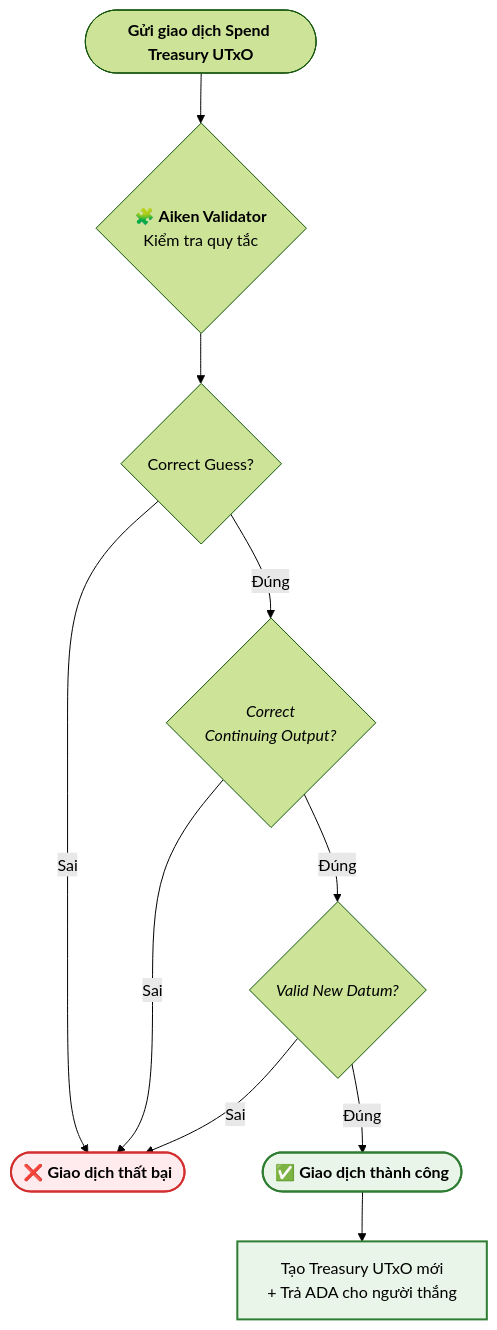
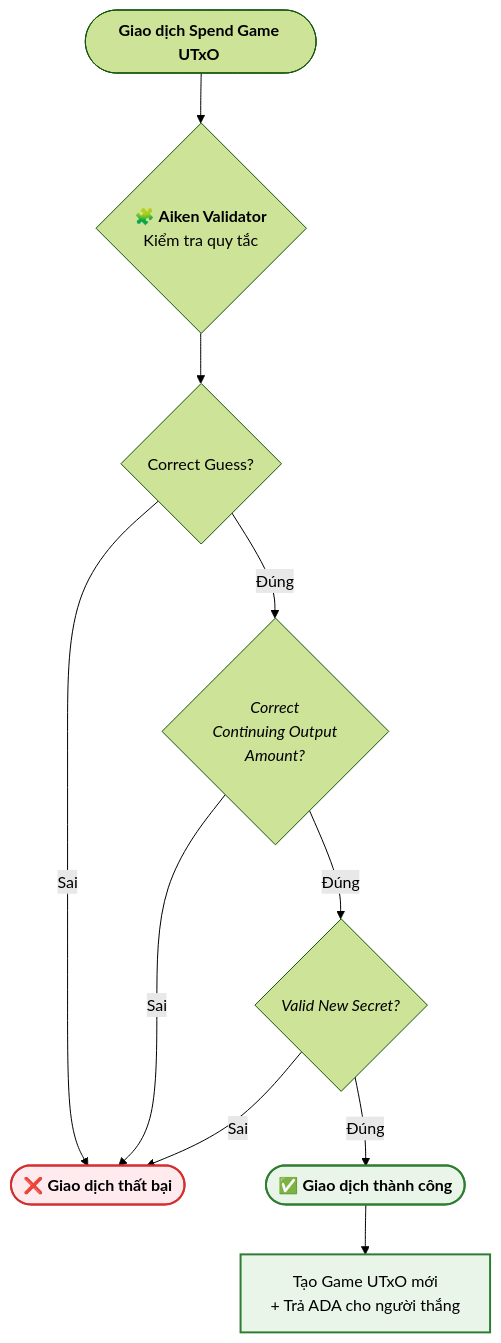
The diagram in secret-number/docs/smart-contract-architecture.md (cardano2vn/Aiken-Course-2026), drawn with Mermaid (forest theme) before and after one commit. The commit also changed other lines of this file and 23 other files, not shown here.

````diff
--- a/secret-number/docs/smart-contract-architecture.md
+++ b/secret-number/docs/smart-contract-architecture.md
@@ -46,22 +41,22 @@
 ```mermaid
 flowchart TD
-    Start([<b>Gửi giao dịch Spend Treasury UTxO</b>]) --> Validator{"🧩 <b>Aiken Validator</b><br/>Kiểm tra quy tắc"}
+    Start([<b>Giao dịch Spend Game UTxO </b>]) --> Validator{"🧩 <b>Aiken Validator</b><br/>Kiểm tra quy tắc"}
 
     Validator --> C1{"Correct Guess?"}
     C1 --> |Sai| Fail([❌ <b>Giao dịch thất bại</b>])
     
-    C1 --> |Đúng| C2{"<i>Correct </br>Continuing Output?</i>"}
+    C1 --> |Đúng| C2{"<i>Correct </br>Continuing Output</br>Amount?</i>"}
     C2 --> |Sai| Fail
     
-    C2 --> |Đúng| C3{"<i>Valid New Datum?</i>"}
+    C2 --> |Đúng| C3{"<i>Valid New Secret?</i>"}
     C3 --> |Sai| Fail
 
     C3 --> |Đúng| Success([✅ <b>Giao dịch thành công</b>])
 
-    Success --> Output["Tạo Treasury UTxO mới<br/>+ Trả ADA cho người thắng"]
+    Success --> Output["Tạo Game UTxO mới<br/>+ Trả ADA cho người thắng"]
 
     classDef success fill:#e8f5e8,stroke:#2e7d32,stroke-width:2px,color:#000;
     classDef fail fill:#ffebee,stroke:#d32f2f,stroke-width:2px,color:#000;
     class Success,Output success;
     class Fail fail;
 ```
````
